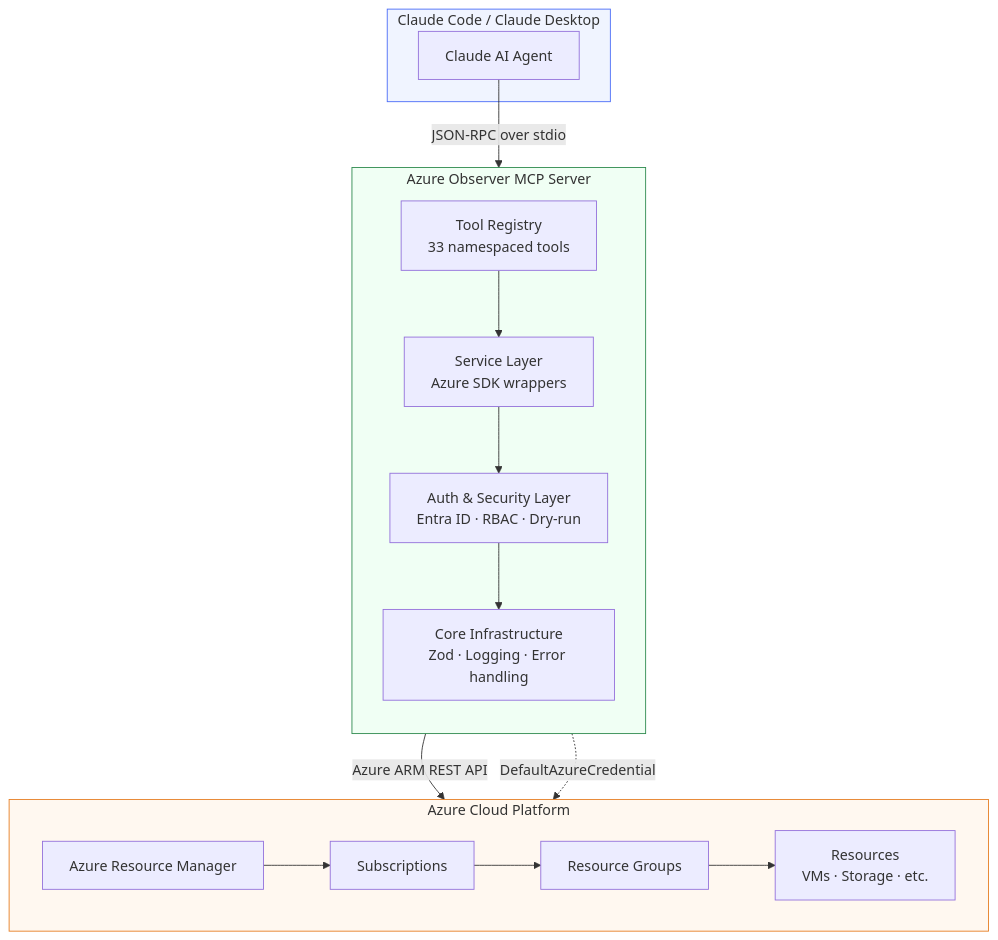
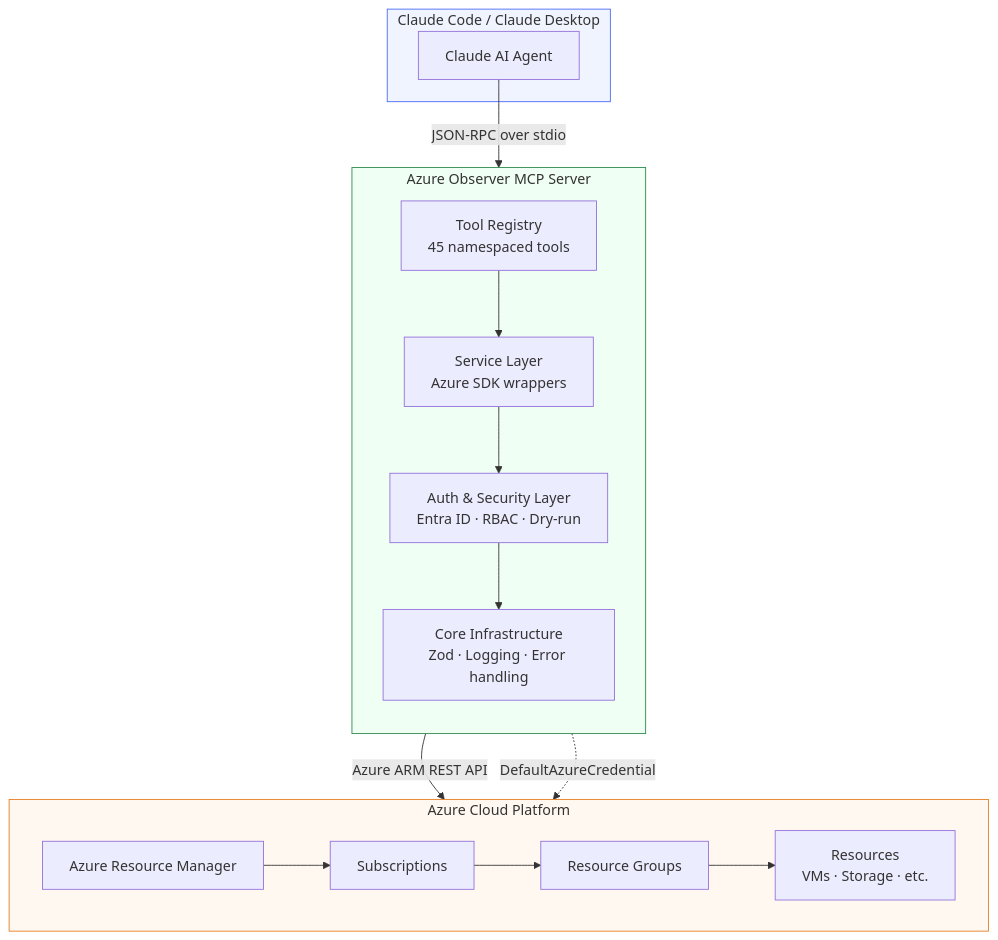
One commit to pxkundu/azure-observer-mcp changed the first of 8 diagrams in ARCHITECTURE.md. Above: the diagram before and after it, drawn with Mermaid. The commit also changed other lines of this file and 19 other files, not shown here.

````diff
--- a/ARCHITECTURE.md
+++ b/ARCHITECTURE.md
@@ -9,36 +9,36 @@
 ```mermaid
 graph TB
     subgraph Client["Claude Code / Claude Desktop"]
         CC[Claude AI Agent]
     end
 
     subgraph MCP["Azure Observer MCP Server"]
         direction TB
-        TR[Tool Registry<br/>33 namespaced tools]
+        TR[Tool Registry<br/>45 namespaced tools]
         SL[Service Layer<br/>Azure SDK wrappers]
         AUTH[Auth & Security Layer<br/>Entra ID · RBAC · Dry-run]
         CORE[Core Infrastructure<br/>Zod · Logging · Error handling]
 
         TR --> SL
         SL --> AUTH
         AUTH --> CORE
     end
 
     subgraph Azure["Azure Cloud Platform"]
         direction LR
         ARM[Azure Resource Manager]
         SUB[Subscriptions]
         RG[Resource Groups]
         RES[Resources<br/>VMs · Storage · etc.]
 
         ARM --> SUB --> RG --> RES
     end
 
     CC -- "JSON-RPC over stdio" --> TR
     SL -- "Azure ARM REST API" --> ARM
     AUTH -. "DefaultAzureCredential" .-> ARM
 
     style Client fill:#f0f4ff,stroke:#4a6cf7
     style MCP fill:#f0fff4,stroke:#2d8a4e
     style Azure fill:#fff8f0,stroke:#e67e22
 ```
````
